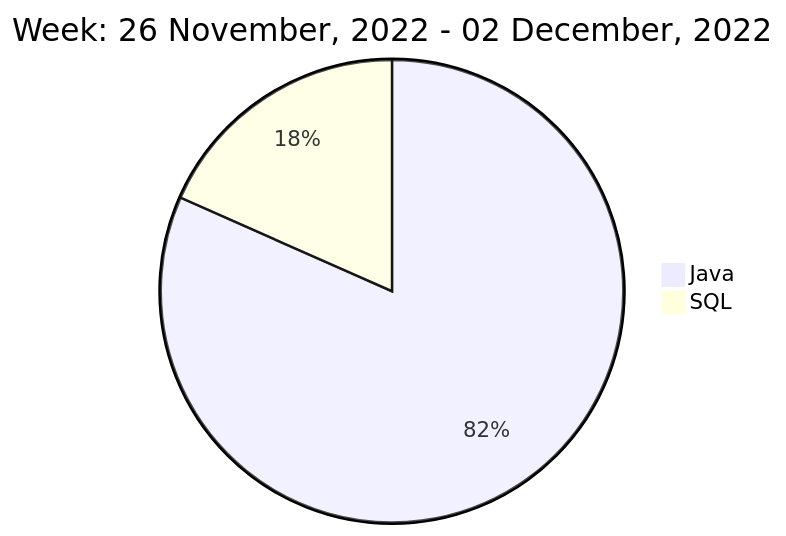
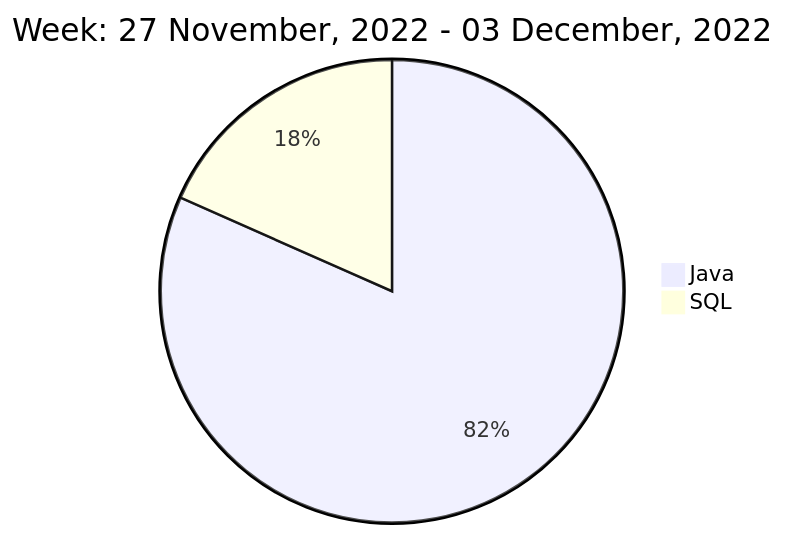
The diagram in README.md (liubin95/liubin95), drawn with Mermaid before and after one commit.

Commit message:
Updated the Graph with new Metrics

````diff
--- a/README.md
+++ b/README.md
@@ -40,6 +40,6 @@
 ```mermaid
  pie
-title Week: 26 November, 2022 - 02 December, 2022
+title Week: 27 November, 2022 - 03 December, 2022
  "Java" : 15.02
  "SQL" : 3.38
 ```
````
